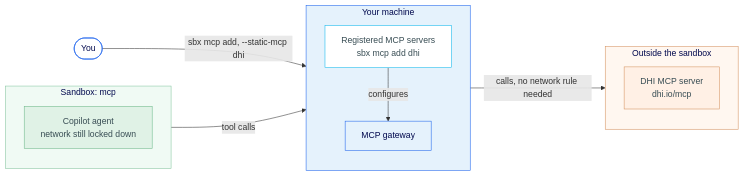
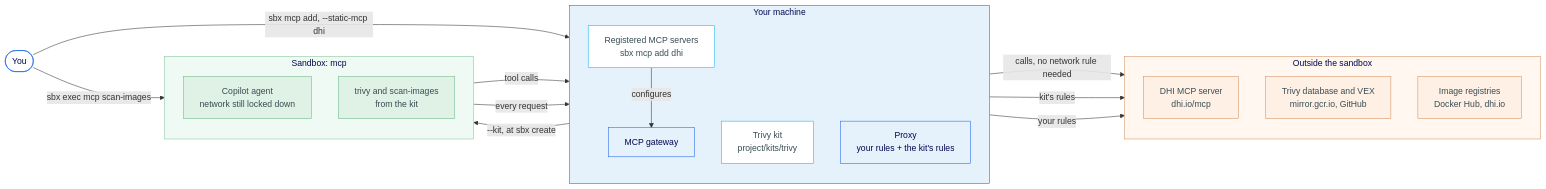
The diagram in instructions/10-mcp-servers.md (ajeetraina/sbx-lab), drawn with Mermaid before and after one commit. The commit also changed other lines of this file, not shown here.

Commit message:
Show the Trivy kit in the MCP page diagram
Add the kit on the host, trivy and scan-images in the mcp sandbox, and
the proxy reaching Trivy's database, the VEX statements and the image
registries under the kit's rules and the lab's rules.

````diff
--- a/instructions/10-mcp-servers.md
+++ b/instructions/10-mcp-servers.md
@@ -9,43 +9,58 @@
 ```mermaid
 graph LR
     You(["You"])
 
     subgraph Host["Your machine"]
         direction TB
         McpRegistry["Registered MCP servers<br/>sbx mcp add dhi"]
         Gateway["MCP gateway"]
+        TrivyKit["Trivy kit<br/>project/kits/trivy"]
+        Proxy["Proxy<br/>your rules + the kit's rules"]
     end
 
     subgraph Sandbox["Sandbox: mcp"]
         direction TB
         Agent["Copilot agent<br/>network still locked down"]
+        Trivy["trivy and scan-images<br/>from the kit"]
     end
 
     subgraph Outside["Outside the sandbox"]
         direction TB
         Dhi["DHI MCP server<br/>dhi.io/mcp"]
+        TrivySources["Trivy database and VEX<br/>mirror.gcr.io, GitHub"]
+        Registries["Image registries<br/>Docker Hub, dhi.io"]
     end
 
     You -->|"sbx mcp add, --static-mcp dhi"| McpRegistry
     McpRegistry -->|configures| Gateway
     Agent -->|tool calls| Gateway
     Gateway -->|"calls, no network rule needed"| Dhi
+    TrivyKit -->|"--kit, at sbx create"| Trivy
+    You -->|"sbx exec mcp scan-images"| Trivy
+    Trivy -->|every request| Proxy
+    Proxy -->|"kit's rules"| TrivySources
+    Proxy -->|"your rules"| Registries
 
     %% Styles — containers
     style Host fill:#E5F2FC,stroke:#1D63ED,color:#00084D
     style Sandbox fill:#f0faf4,stroke:#86c5a0,color:#00084D
     style Outside fill:#fff7f0,stroke:#d4915e,color:#00084D
 
     %% Styles — host nodes
     style McpRegistry fill:#fff,stroke:#0DB7ED,color:#384D54
+    style TrivyKit fill:#fff,stroke:#0DB7ED,color:#384D54
     style Gateway fill:#E5F2FC,stroke:#1D63ED,color:#00084D
+    style Proxy fill:#E5F2FC,stroke:#1D63ED,color:#00084D
 
     %% Styles — sandbox nodes
     style Agent fill:#e0f2e6,stroke:#6db88a,color:#384D54
+    style Trivy fill:#e0f2e6,stroke:#6db88a,color:#384D54
 
     %% Styles — external nodes
     style Dhi fill:#fff0e5,stroke:#d4915e,color:#384D54
+    style TrivySources fill:#fff0e5,stroke:#d4915e,color:#384D54
+    style Registries fill:#fff0e5,stroke:#d4915e,color:#384D54
 
     %% Styles — actor
     style You fill:#fff,stroke:#1D63ED,color:#00084D
 ```
````
